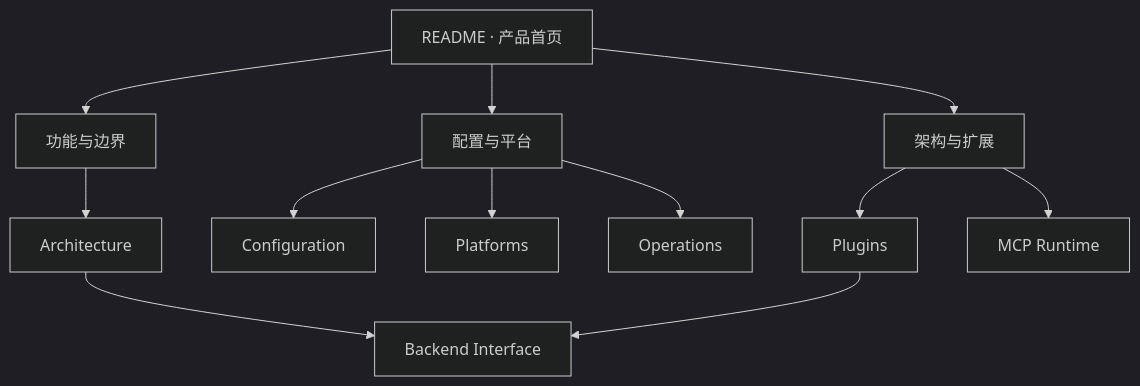
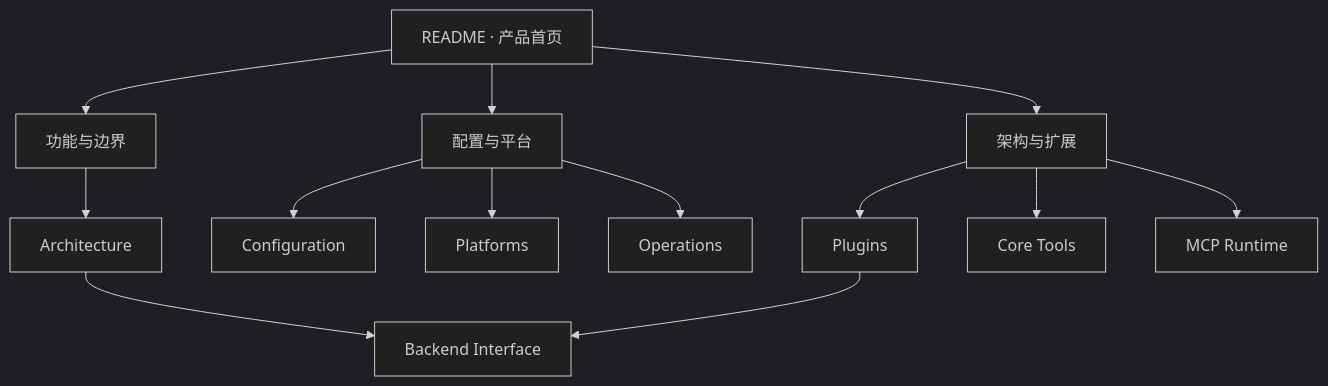
The diagram in docs/README.md (sjs126y/luna-agent), drawn with Mermaid (dark theme) before and after one commit. The commit also changed other lines of this file and 5 other files, not shown here.

````diff
--- a/docs/README.md
+++ b/docs/README.md
@@ -40,15 +40,16 @@
 ```mermaid
 flowchart TD
     Home[README · 产品首页]
     Home --> Cap[功能与边界]
     Home --> Start[配置与平台]
     Home --> Dev[架构与扩展]
     Cap --> Arch[Architecture]
     Start --> Config[Configuration]
     Start --> Platform[Platforms]
     Start --> Ops[Operations]
     Dev --> Plugin[Plugins]
+    Dev --> Tools[Core Tools]
     Dev --> MCP[MCP Runtime]
     Arch --> Contract[Backend Interface]
     Plugin --> Contract
 ```
````
